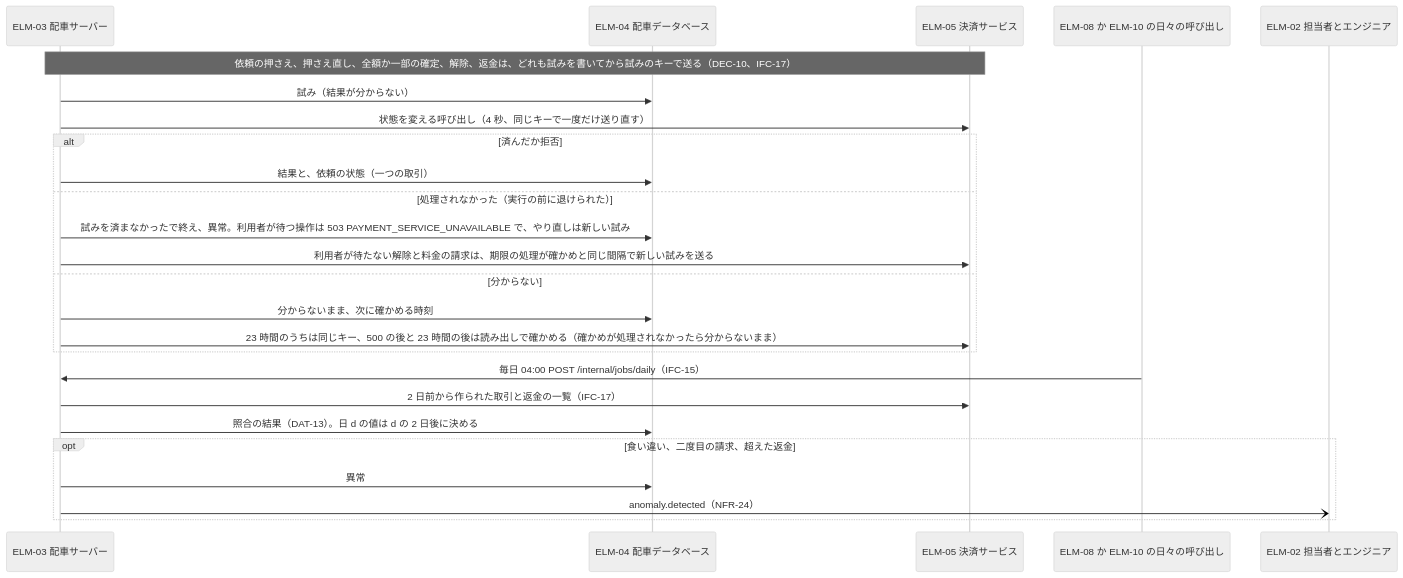
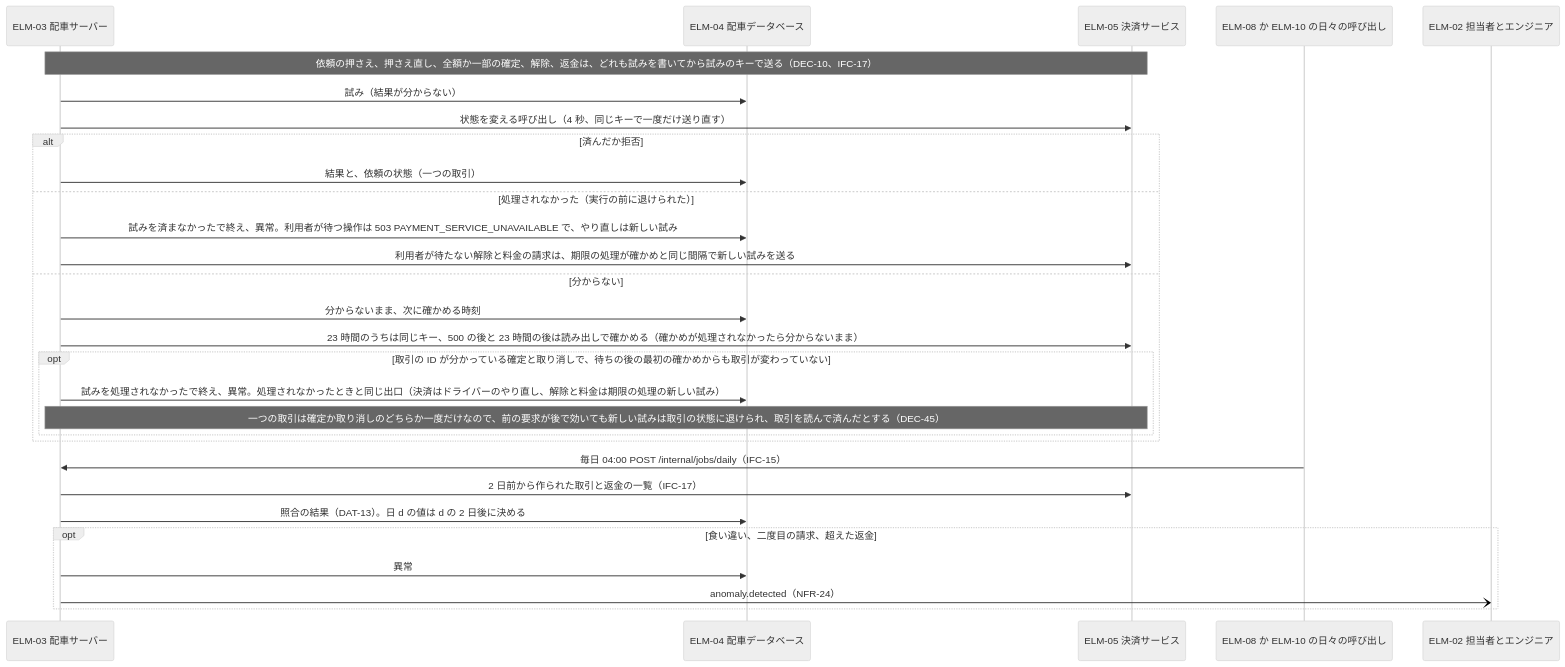
Before and after one commit to Taro000/ride-hailing-app-demo: diagram 25 of 57 in docs/design/3-high-level-design.md, drawn with Mermaid (neutral theme). The commit also changed other lines of this file and 23 other files, not shown here.

````diff
--- a/docs/design/3-high-level-design.md
+++ b/docs/design/3-high-level-design.md
@@ -946,27 +968,31 @@
 ```mermaid
 sequenceDiagram
   participant S as ELM-03 配車サーバー
   participant DB as ELM-04 配車データベース
   participant PAY as ELM-05 決済サービス
   participant J as ELM-08 か ELM-10 の日々の呼び出し
   participant E as ELM-02 担当者とエンジニア
   Note over S,PAY: 依頼の押さえ、押さえ直し、全額か一部の確定、解除、返金は、どれも試みを書いてから試みのキーで送る（DEC-10、IFC-17）
   S->>DB: 試み（結果が分からない）
   S->>PAY: 状態を変える呼び出し（4 秒、同じキーで一度だけ送り直す）
   alt 済んだか拒否
     S->>DB: 結果と、依頼の状態（一つの取引）
   else 処理されなかった（実行の前に退けられた）
     S->>DB: 試みを済まなかったで終え、異常。利用者が待つ操作は 503 PAYMENT_SERVICE_UNAVAILABLE で、やり直しは新しい試み
     S->>PAY: 利用者が待たない解除と料金の請求は、期限の処理が確かめと同じ間隔で新しい試みを送る
   else 分からない
     S->>DB: 分からないまま、次に確かめる時刻
     S->>PAY: 23 時間のうちは同じキー、500 の後と 23 時間の後は読み出しで確かめる（確かめが処理されなかったら分からないまま）
+    opt 取引の ID が分かっている確定と取り消しで、待ちの後の最初の確かめからも取引が変わっていない
+      S->>DB: 試みを処理されなかったで終え、異常。処理されなかったときと同じ出口（決済はドライバーのやり直し、解除と料金は期限の処理の新しい試み）
+      Note over S,PAY: 一つの取引は確定か取り消しのどちらか一度だけなので、前の要求が後で効いても新しい試みは取引の状態に退けられ、取引を読んで済んだとする（DEC-45）
+    end
   end
   J->>S: 毎日 04:00 POST /internal/jobs/daily（IFC-15）
   S->>PAY: 2 日前から作られた取引と返金の一覧（IFC-17）
   S->>DB: 照合の結果（DAT-13）。日 d の値は d の 2 日後に決める
   opt 食い違い、二度目の請求、超えた返金
     S->>DB: 異常
     S-)E: anomaly.detected（NFR-24）
   end
 ```
````
